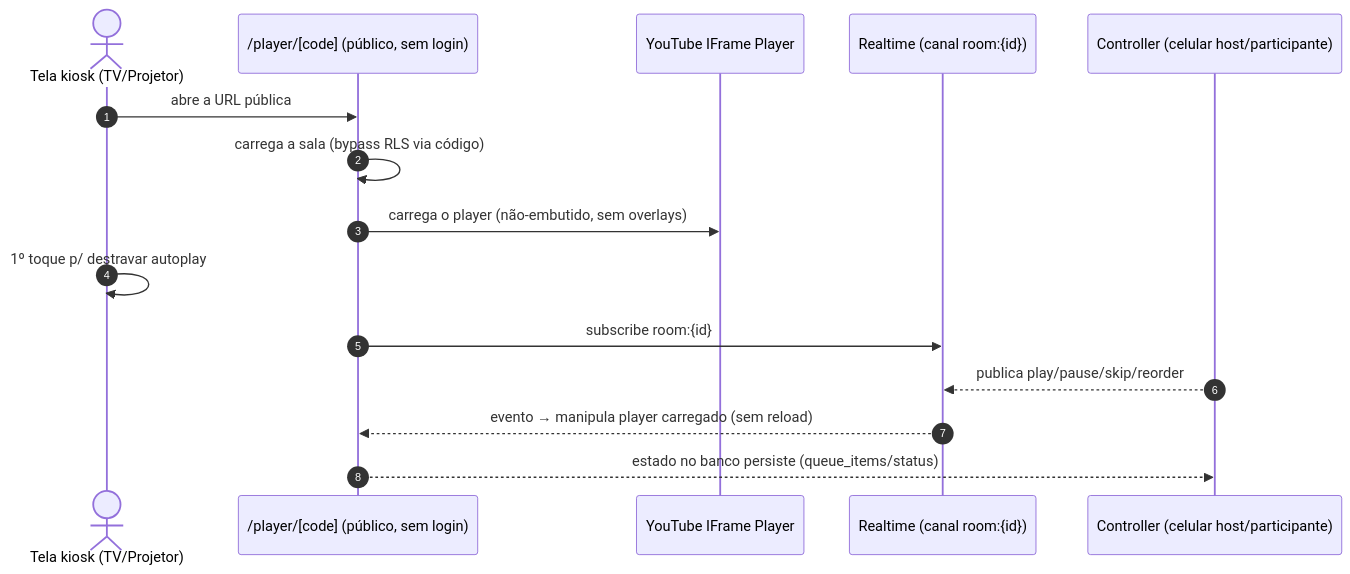
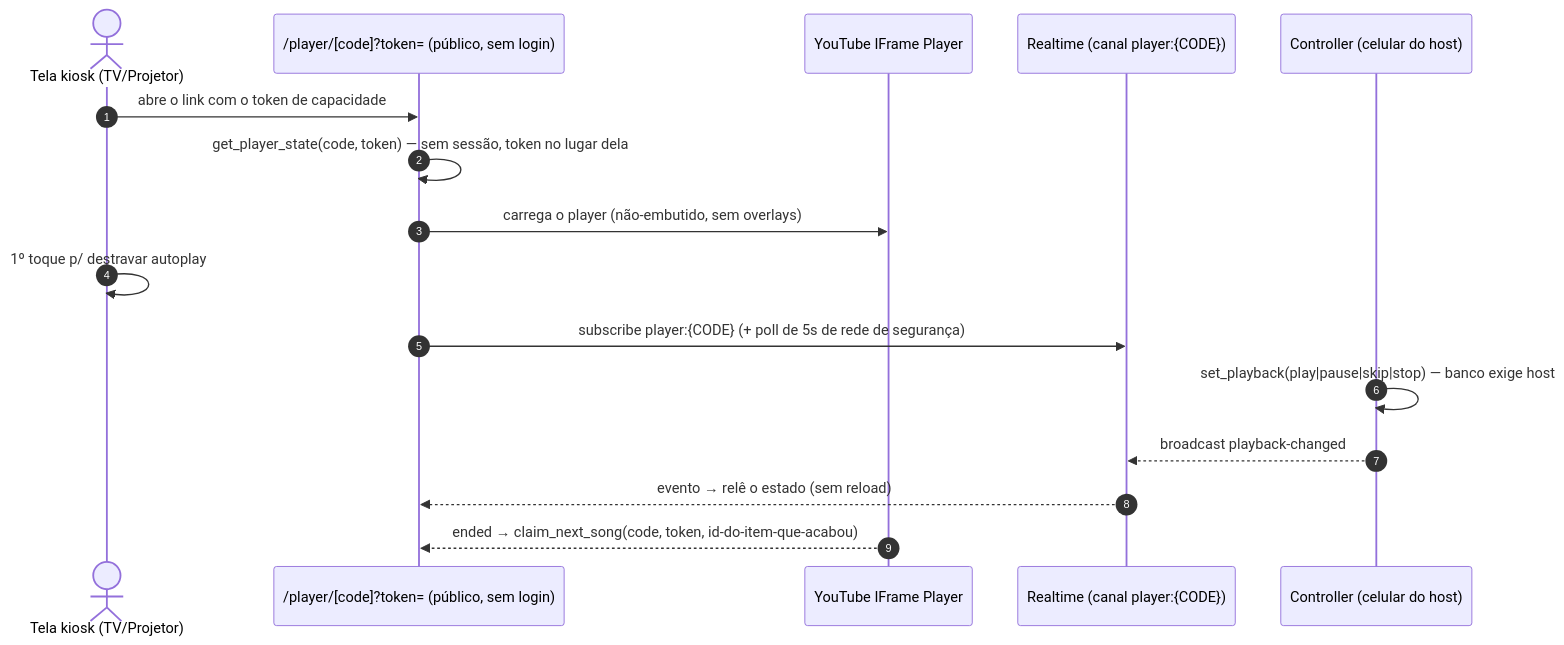
One commit to cavalcanteprofissional/karaoke-flow changed diagram 16 of 17 in docs/flows/fluxos-do-sistema.md. Above: the diagram before and after it, drawn with Mermaid. The commit also changed other lines of this file and 21 other files, not shown here.

````diff
--- a/docs/flows/fluxos-do-sistema.md
+++ b/docs/flows/fluxos-do-sistema.md
@@ -360,18 +362,19 @@
 ```mermaid
 sequenceDiagram
     autonumber
     actor T as Tela kiosk (TV/Projetor)
-    participant P as /player/[code] (público, sem login)
+    participant P as /player/[code]?token= (público, sem login)
     participant YT as YouTube IFrame Player
-    participant RT as Realtime (canal room:{id})
-    participant C as Controller (celular host/participante)
+    participant RT as Realtime (canal player:{CODE})
+    participant C as Controller (celular do host)
 
-    T->>P: abre a URL pública
-    P->>P: carrega a sala (bypass RLS via código)
+    T->>P: abre o link com o token de capacidade
+    P->>P: get_player_state(code, token) — sem sessão, token no lugar dela
     P->>YT: carrega o player (não-embutido, sem overlays)
     T->>T: 1º toque p/ destravar autoplay
-    P->>RT: subscribe room:{id}
-    C-->>RT: publica play/pause/skip/reorder
-    RT-->>P: evento → manipula player carregado (sem reload)
-    P-->>C: estado no banco persiste (queue_items/status)
+    P->>RT: subscribe player:{CODE} (+ poll de 5s de rede de segurança)
+    C->>C: set_playback(play|pause|skip|stop) — banco exige host
+    C-->>RT: broadcast playback-changed
+    RT-->>P: evento → relê o estado (sem reload)
+    YT-->>P: ended → claim_next_song(code, token, id-do-item-que-acabou)
 ```
````
